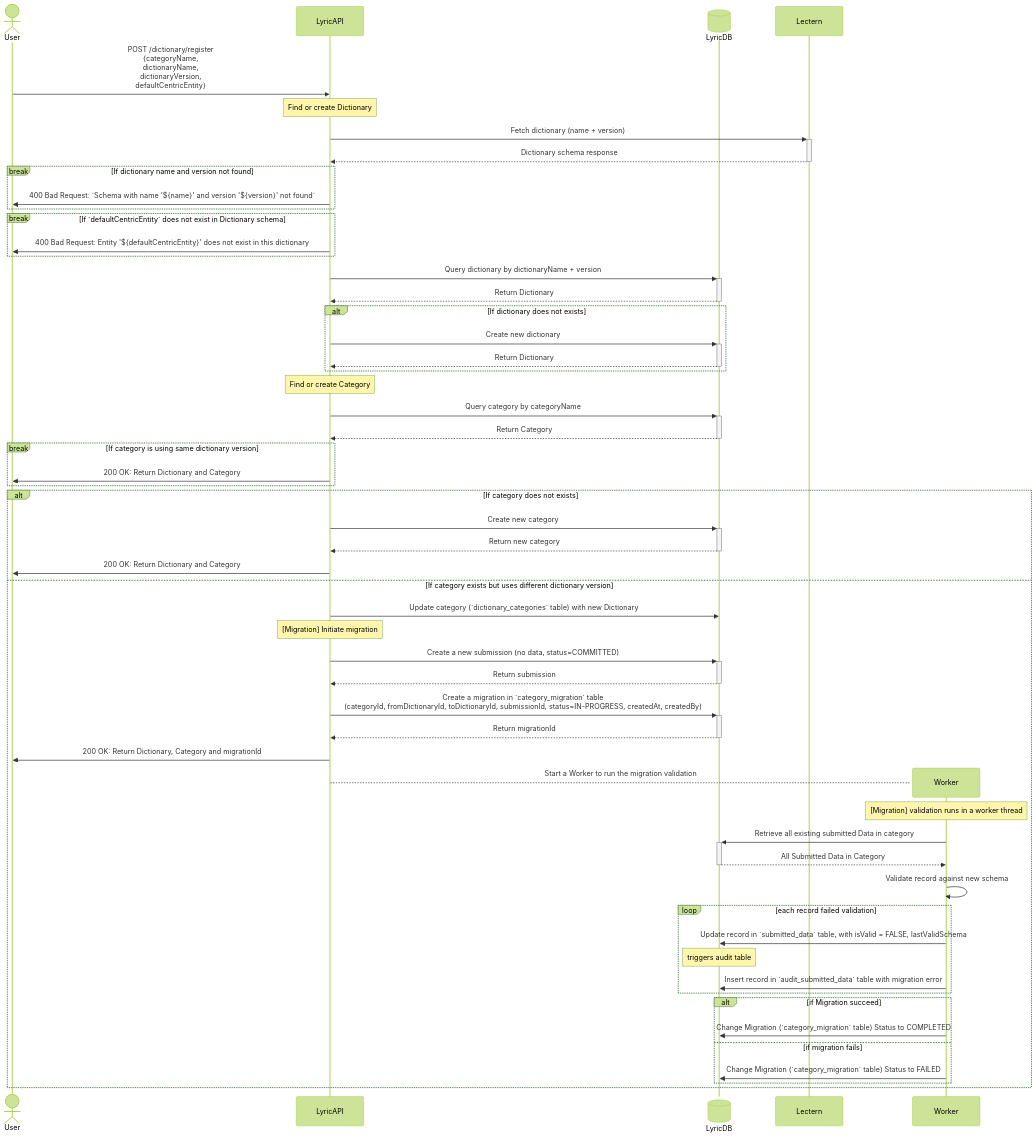
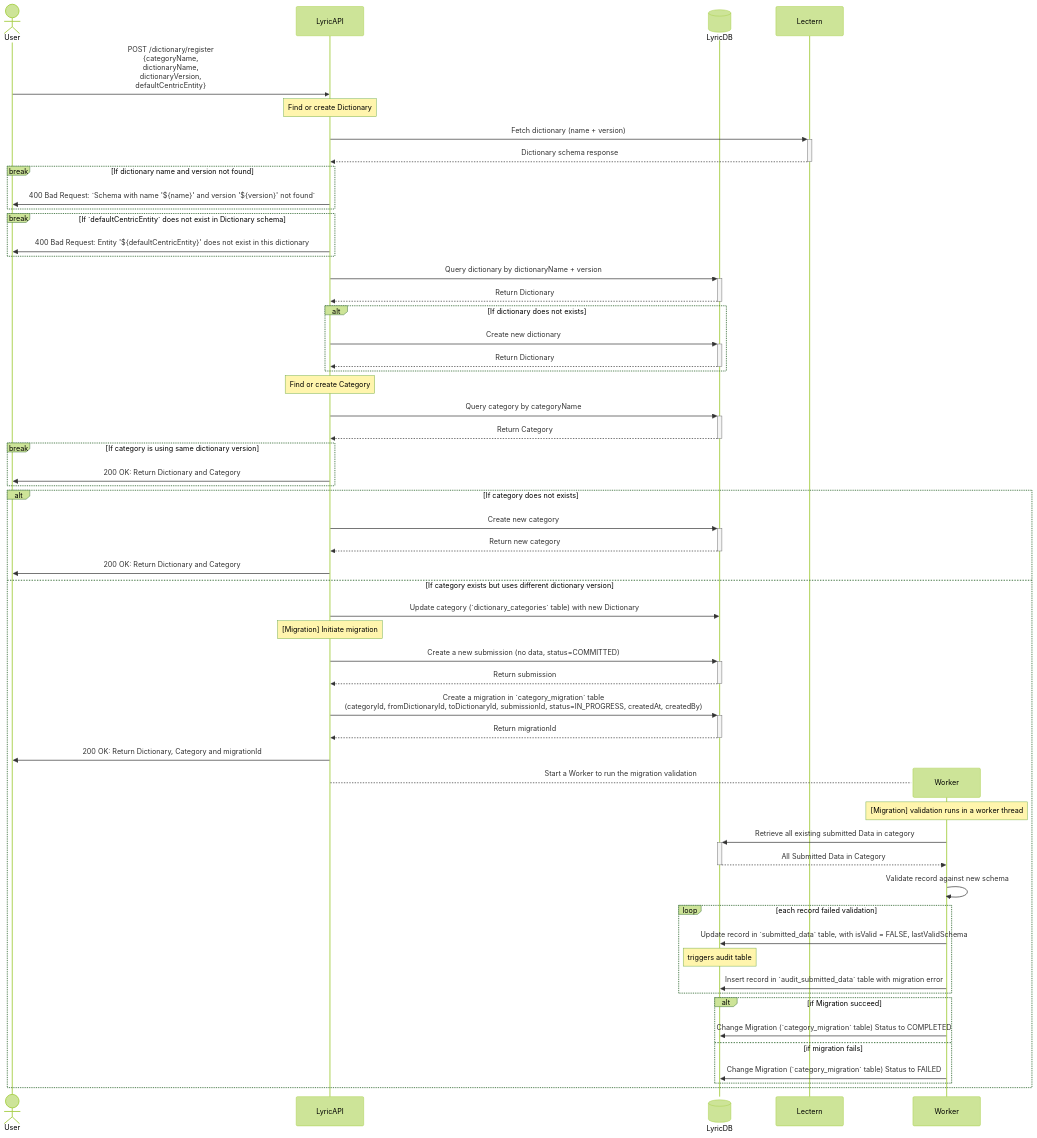
The diagram in packages/data-provider/docs/dictionary-registration.md (overture-stack/lyric), drawn with Mermaid (forest theme) before and after one commit. The commit also changed other lines of this file and 5 other files, not shown here.

Commit message:
rename migration enum status IN_PROGRESS

````diff
--- a/packages/data-provider/docs/dictionary-registration.md
+++ b/packages/data-provider/docs/dictionary-registration.md
@@ -36,68 +36,68 @@
 ```mermaid
 sequenceDiagram
     actor User
     participant LyricAPI
     participant LyricDB@{ "type" : "database" }
     participant Lectern
 
     User->>LyricAPI: POST /dictionary/register <br />{categoryName, <br />dictionaryName, <br />dictionaryVersion, <br />defaultCentricEntity}
     Note over LyricAPI: Find or create Dictionary
     LyricAPI->>+Lectern: Fetch dictionary (name + version)
     Lectern-->>-LyricAPI: Dictionary schema response
     break If dictionary name and version not found
         LyricAPI->>User: 400 Bad Request: `Schema with name '${name}' and version '${version}' not found`
     end
     break If `defaultCentricEntity` does not exist in Dictionary schema
         LyricAPI->>User: 400 Bad Request: Entity '${defaultCentricEntity}' does not exist in this dictionary
     end
     LyricAPI->>+LyricDB: Query dictionary by dictionaryName + version
     LyricDB-->>-LyricAPI: Return Dictionary
     alt If dictionary does not exists
         LyricAPI->>+LyricDB: Create new dictionary
         LyricDB-->>-LyricAPI: Return Dictionary
     end
 
     Note over LyricAPI: Find or create Category
     LyricAPI->>+LyricDB: Query category by categoryName
     LyricDB-->>-LyricAPI: Return Category
     break If category is using same dictionary version
         %% Nothing to do here
         LyricAPI->>User: 200 OK: Return Dictionary and Category
     end
 
     alt If category does not exists
         LyricAPI->>+LyricDB: Create new category
         LyricDB-->>-LyricAPI: Return new category
 
         LyricAPI->>User: 200 OK: Return Dictionary and Category
     else If category exists but uses different dictionary version
         LyricAPI->>LyricDB: Update category (`dictionary_categories` table) with new Dictionary
 
         note over LyricAPI: [Migration] Initiate migration
         LyricAPI->>+LyricDB: Create a new submission (no data, status=COMMITTED)
         LyricDB-->>-LyricAPI: Return submission
-        LyricAPI->>+LyricDB: Create a migration in `category_migration` table<br />(categoryId, fromDictionaryId, toDictionaryId, submissionId, status=IN-PROGRESS, createdAt, createdBy)
+        LyricAPI->>+LyricDB: Create a migration in `category_migration` table<br />(categoryId, fromDictionaryId, toDictionaryId, submissionId, status=IN_PROGRESS, createdAt, createdBy)
         LyricDB-->>-LyricAPI: Return migrationId
 
         LyricAPI->>User: 200 OK: Return Dictionary, Category and migrationId
 
         create participant Worker
         LyricAPI-->Worker: Start a Worker to run the migration validation
         note over Worker: [Migration] validation runs in a worker thread
         Worker->>+LyricDB: Retrieve all existing submitted Data in category
         LyricDB-->>-Worker: All Submitted Data in Category
         Worker->>Worker: Validate record against new schema
 
         loop each record failed validation
             Worker->>LyricDB: Update record in `submitted_data` table, with isValid = FALSE, lastValidSchema
             note over LyricDB: triggers audit table
             Worker->>LyricDB: Insert record in `audit_submitted_data` table with migration error
         end
 
         alt if Migration succeed
             Worker->>LyricDB: Change Migration (`category_migration` table) Status to COMPLETED
         else if migration fails
             Worker->>LyricDB: Change Migration (`category_migration` table) Status to FAILED
         end
     end
 ```
````
